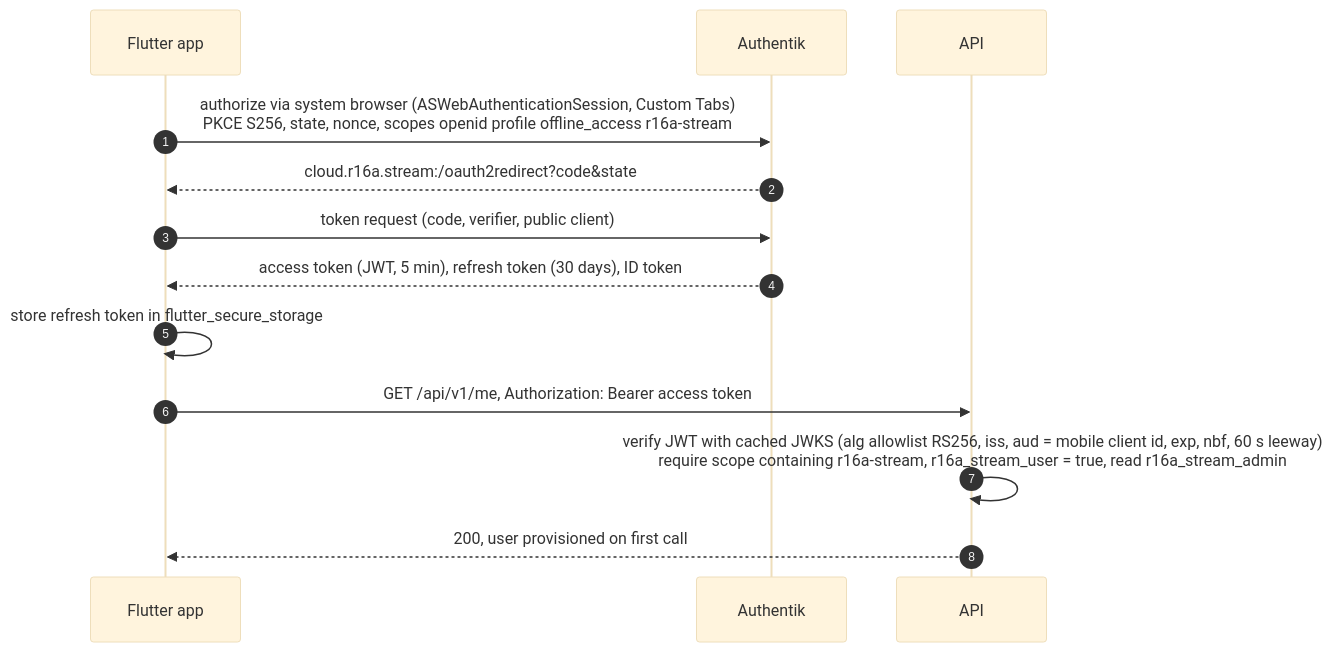
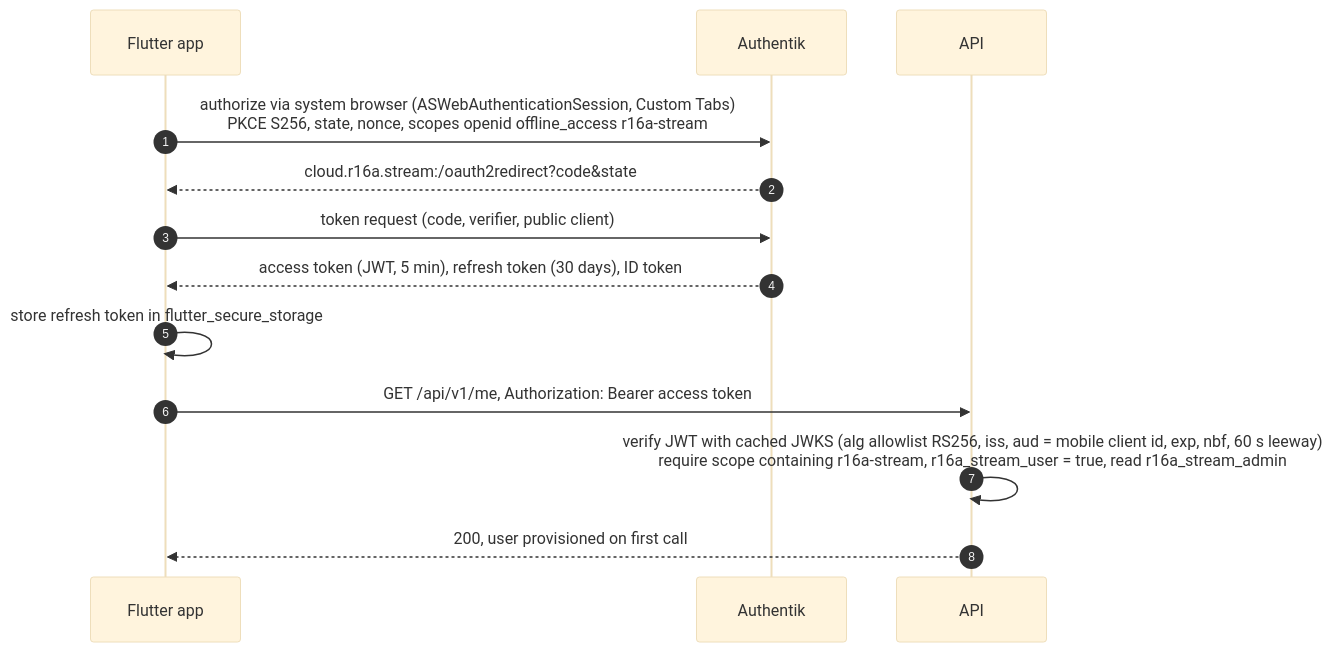
One commit to Ramphy0x90/r16a-stream changed the third of 6 diagrams in docs/SPEC.md. Above: the diagram before and after it, drawn with Mermaid (base theme). The commit also changed other lines of this file and 222 other files, not shown here.

````diff
--- a/docs/SPEC.md
+++ b/docs/SPEC.md
@@ -904,15 +929,15 @@
 ```mermaid
 sequenceDiagram
   autonumber
   participant App as Flutter app
   participant AK as Authentik
   participant A as API
-  App->>AK: authorize via system browser (ASWebAuthenticationSession, Custom Tabs)<br/>PKCE S256, state, nonce, scopes openid profile offline_access r16a-stream
+  App->>AK: authorize via system browser (ASWebAuthenticationSession, Custom Tabs)<br/>PKCE S256, state, nonce, scopes openid offline_access r16a-stream
   AK-->>App: cloud.r16a.stream:/oauth2redirect?code&state
   App->>AK: token request (code, verifier, public client)
   AK-->>App: access token (JWT, 5 min), refresh token (30 days), ID token
   App->>App: store refresh token in flutter_secure_storage
   App->>A: GET /api/v1/me, Authorization: Bearer access token
   A->>A: verify JWT with cached JWKS (alg allowlist RS256, iss, aud = mobile client id, exp, nbf, 60 s leeway)<br/>require scope containing r16a-stream, r16a_stream_user = true, read r16a_stream_admin
   A-->>App: 200, user provisioned on first call
 ```
````
